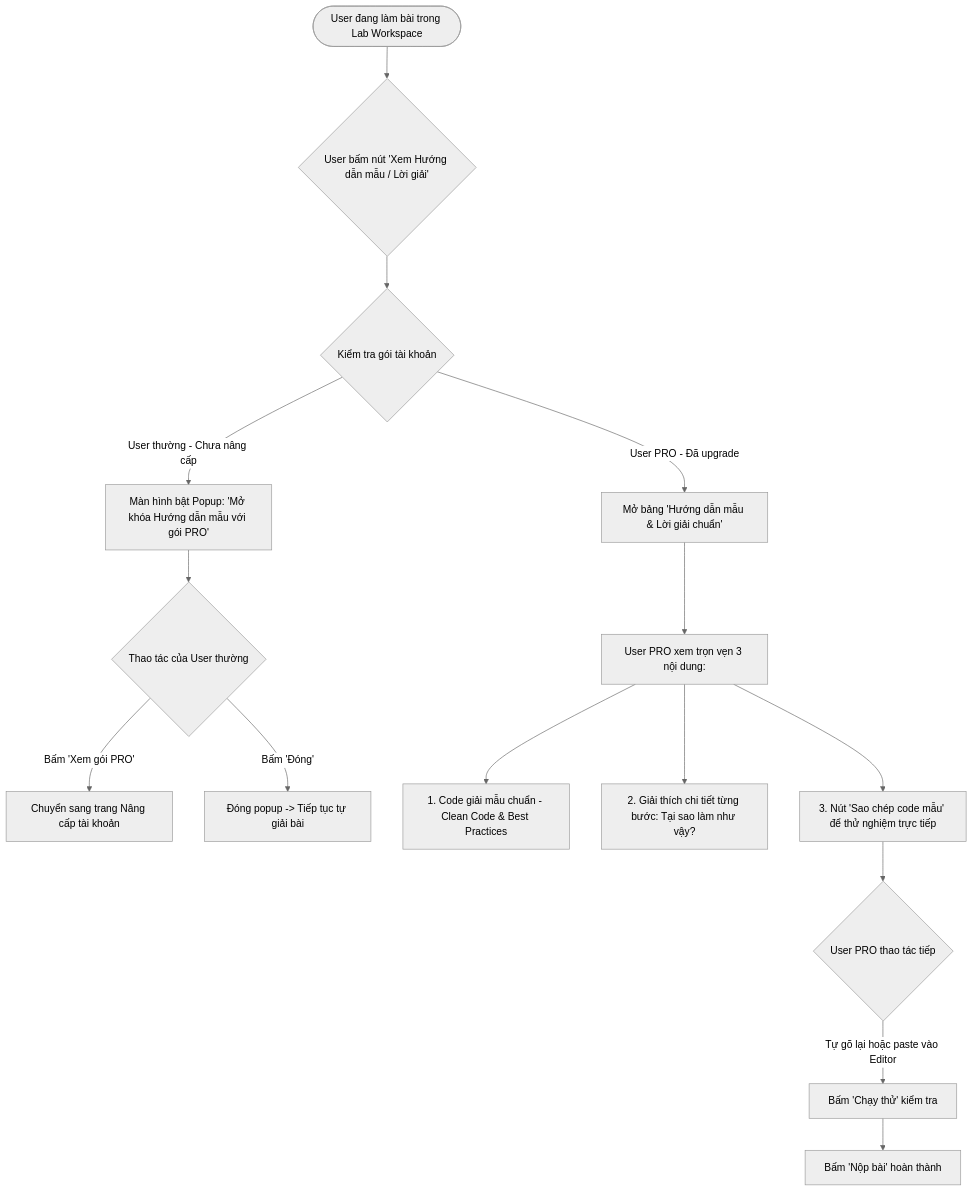
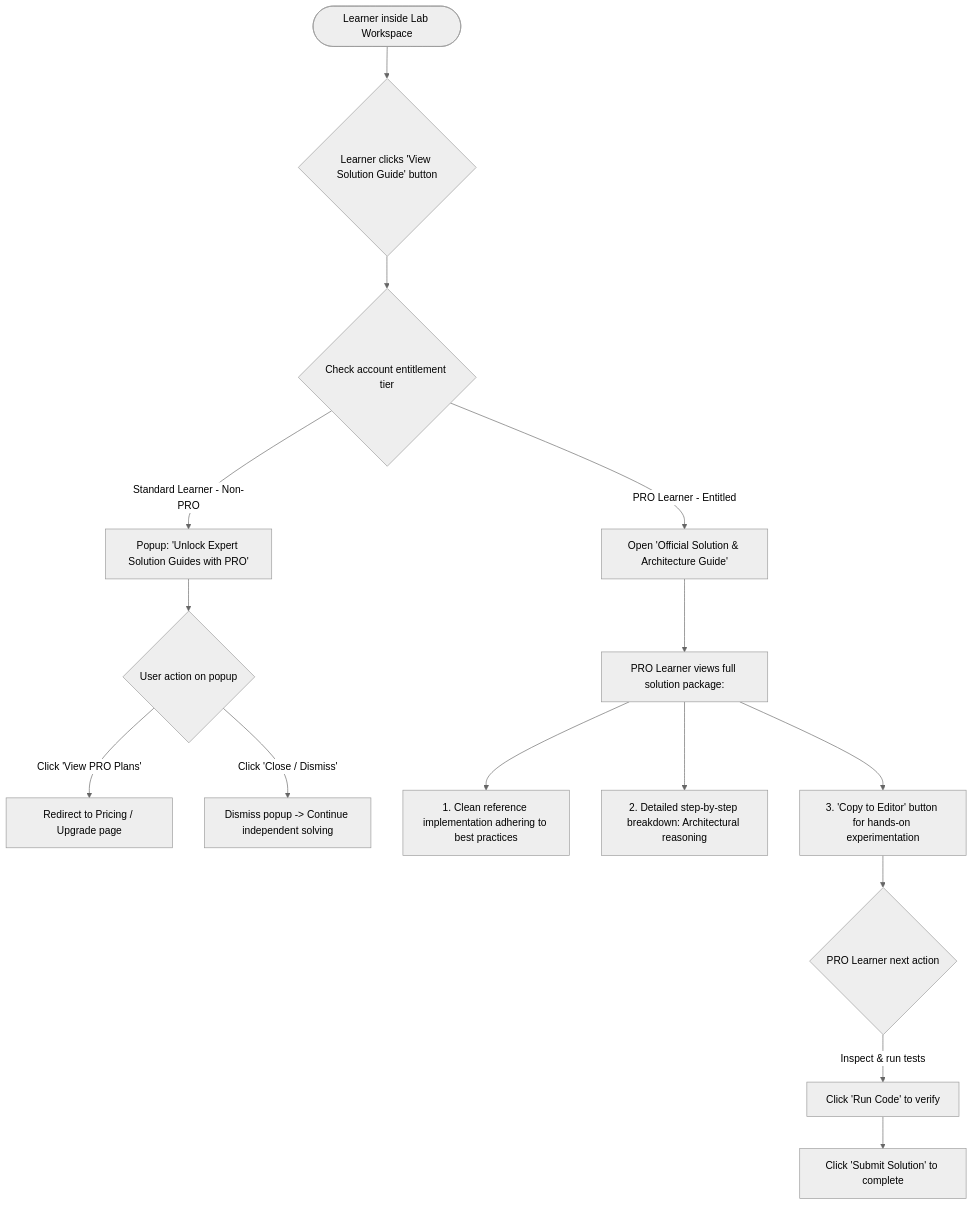
The second of 3 diagrams in docs/workflows/04-lab-submission-progress.md (NguyenKhanhDuy2703/project_education), drawn with Mermaid (neutral theme) before and after one commit. The commit also changed other lines of this file and 20 other files, not shown here.

Commit message:
docs(workflows): clean up legacy files, standardize 01-12 sequence, and translate to English

````diff
--- a/docs/workflows/04-lab-submission-progress.md
+++ b/docs/workflows/04-lab-submission-progress.md
@@ -82,25 +84,25 @@
 ```mermaid
 flowchart TD
-    Start([User đang làm bài trong Lab Workspace]) --> ClickSolutionBtn{User bấm nút 'Xem Hướng dẫn mẫu / Lời giải'}
+    Start([Learner inside Lab Workspace]) --> ClickSolutionBtn{Learner clicks 'View Solution Guide' button}
 
-    %% --- Phân nhánh theo loại tài khoản ---
-    ClickSolutionBtn --> CheckTier{Kiểm tra gói tài khoản}
+    %% --- Tier Check ---
+    ClickSolutionBtn --> CheckTier{Check account entitlement tier}
 
-    %% --- Nhánh 1: User thường ---
-    CheckTier -->|User thường - Chưa nâng cấp| ShowUpgradePrompt[Màn hình bật Popup: 'Mở khóa Hướng dẫn mẫu với gói PRO']
-    ShowUpgradePrompt --> PromptAction{Thao tác của User thường}
-    PromptAction -->|Bấm 'Xem gói PRO'| GoPricing[Chuyển sang trang Nâng cấp tài khoản]
-    PromptAction -->|Bấm 'Đóng'| BackToWorkspace[Đóng popup -> Tiếp tục tự giải bài]
+    %% --- Standard User ---
+    CheckTier -->|Standard Learner - Non-PRO| ShowUpgradePrompt[Popup: 'Unlock Expert Solution Guides with PRO']
+    ShowUpgradePrompt --> PromptAction{User action on popup}
+    PromptAction -->|Click 'View PRO Plans'| GoPricing[Redirect to Pricing / Upgrade page]
+    PromptAction -->|Click 'Close / Dismiss'| BackToWorkspace[Dismiss popup -> Continue independent solving]
 
-    %% --- Nhánh 2: User PRO (Đã upgrade) ---
-    CheckTier -->|User PRO - Đã upgrade| OpenSolutionPane[Mở bảng 'Hướng dẫn mẫu & Lời giải chuẩn']
+    %% --- PRO User ---
+    CheckTier -->|PRO Learner - Entitled| OpenSolutionPane[Open 'Official Solution & Architecture Guide']
     
-    OpenSolutionPane --> SolutionUI[User PRO xem trọn vẹn 3 nội dung:]
-    SolutionUI --> Sec1[1. Code giải mẫu chuẩn - Clean Code & Best Practices]
-    SolutionUI --> Sec2[2. Giải thích chi tiết từng bước: Tại sao làm như vậy?]
-    SolutionUI --> Sec3[3. Nút 'Sao chép code mẫu' để thử nghiệm trực tiếp]
+    OpenSolutionPane --> SolutionUI[PRO Learner views full solution package:]
+    SolutionUI --> Sec1[1. Clean reference implementation adhering to best practices]
+    SolutionUI --> Sec2[2. Detailed step-by-step breakdown: Architectural reasoning]
+    SolutionUI --> Sec3[3. 'Copy to Editor' button for hands-on experimentation]
 
-    Sec3 --> ProAction{User PRO thao tác tiếp}
-    ProAction -->|Tự gõ lại hoặc paste vào Editor| RunTest[Bấm 'Chạy thử' kiểm tra]
-    RunTest --> Submit[Bấm 'Nộp bài' hoàn thành]
+    Sec3 --> ProAction{PRO Learner next action}
+    ProAction -->|Inspect & run tests| RunTest[Click 'Run Code' to verify]
+    RunTest --> Submit[Click 'Submit Solution' to complete]
 ```
````
